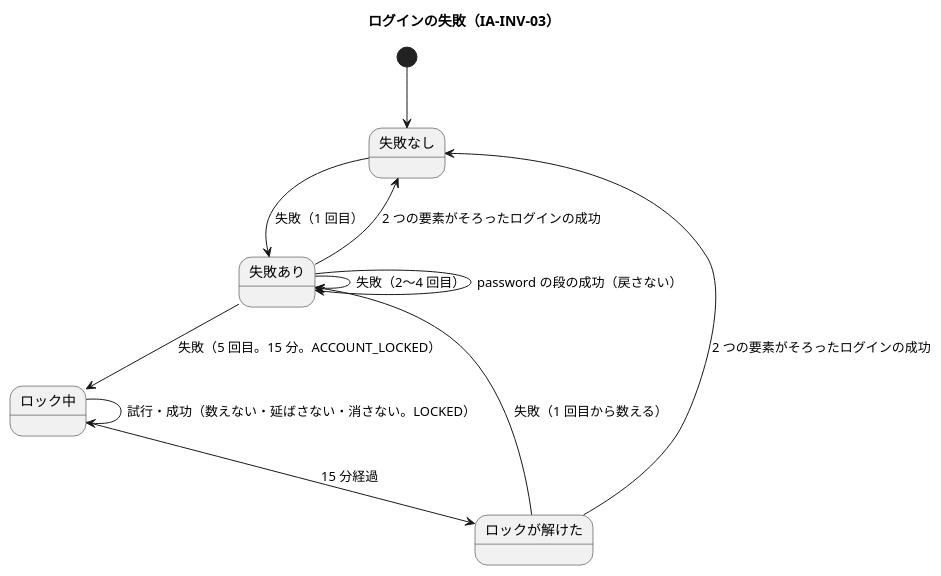
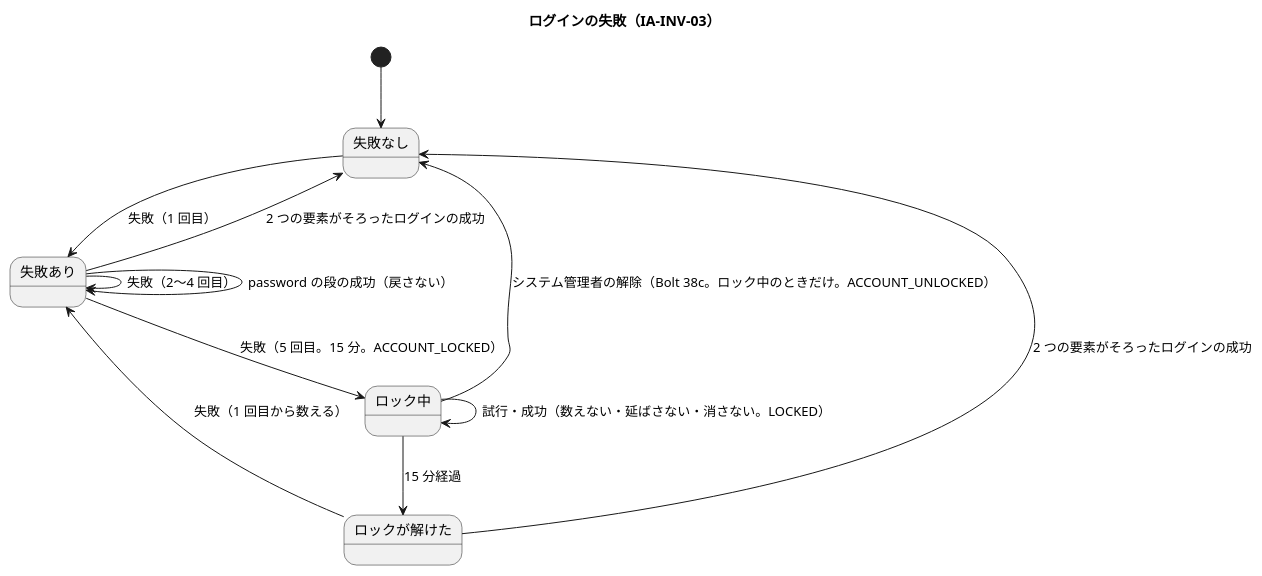
One commit to k2works/practical-domain-driven-design-in-enterpris-application changed diagram 19 of 23 in docs/design/cargo-tracker/domain_model.md. Above: the diagram before and after it, drawn with PlantUML. The commit also changed other lines of this file and 83 other files, not shown here.

````diff
--- a/docs/design/cargo-tracker/domain_model.md
+++ b/docs/design/cargo-tracker/domain_model.md
@@ -1389,15 +1393,16 @@
 ```plantuml
 @startuml
 title ログインの失敗（IA-INV-03）
 [*] --> 失敗なし
 失敗なし --> 失敗あり : 失敗（1 回目）
 失敗あり --> 失敗あり : 失敗（2〜4 回目）
 失敗あり --> 失敗あり : password の段の成功（戻さない）
 失敗あり --> ロック中 : 失敗（5 回目。15 分。ACCOUNT_LOCKED）
 失敗あり --> 失敗なし : 2 つの要素がそろったログインの成功
 ロック中 --> ロック中 : 試行・成功（数えない・延ばさない・消さない。LOCKED）
 ロック中 --> ロックが解けた : 15 分経過
+ロック中 --> 失敗なし : システム管理者の解除（Bolt 38c。ロック中のときだけ。ACCOUNT_UNLOCKED）
 ロックが解けた --> 失敗あり : 失敗（1 回目から数える）
 ロックが解けた --> 失敗なし : 2 つの要素がそろったログインの成功
 @enduml
 ```
````
